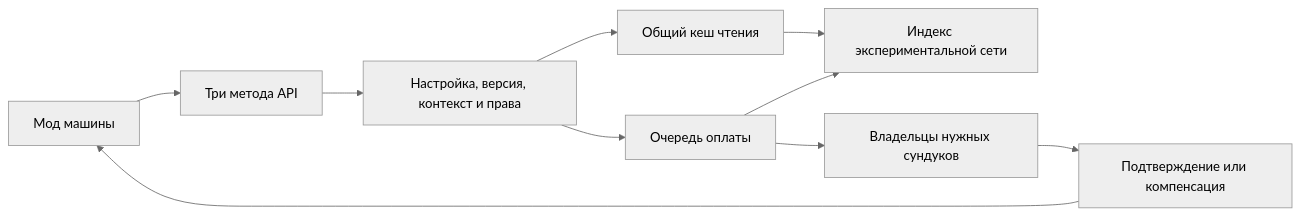
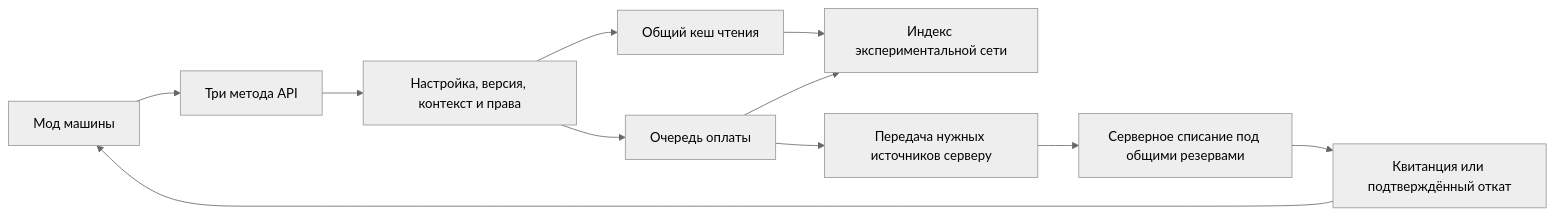
One commit to mhaslinsky/RunicStorageNetwork changed the diagram in API_PROPOSAL_RU.md. Above: the diagram before and after it, drawn with Mermaid (neutral theme). The commit also changed other lines of this file, not shown here.

````diff
--- a/API_PROPOSAL_RU.md
+++ b/API_PROPOSAL_RU.md
@@ -194,12 +293,13 @@
 ```mermaid
 flowchart LR
     M[Мод машины] --> A[Три метода API]
     A --> G[Настройка, версия, контекст и права]
     G --> Q[Общий кеш чтения]
     Q --> I[Индекс экспериментальной сети]
     G --> T[Очередь оплаты]
     T --> I
-    T --> O[Владельцы нужных сундуков]
-    O --> R[Подтверждение или компенсация]
+    T --> O[Передача нужных источников серверу]
+    O --> W[Серверное списание под общими резервами]
+    W --> R[Квитанция или подтверждённый откат]
     R --> M
 ```
````
